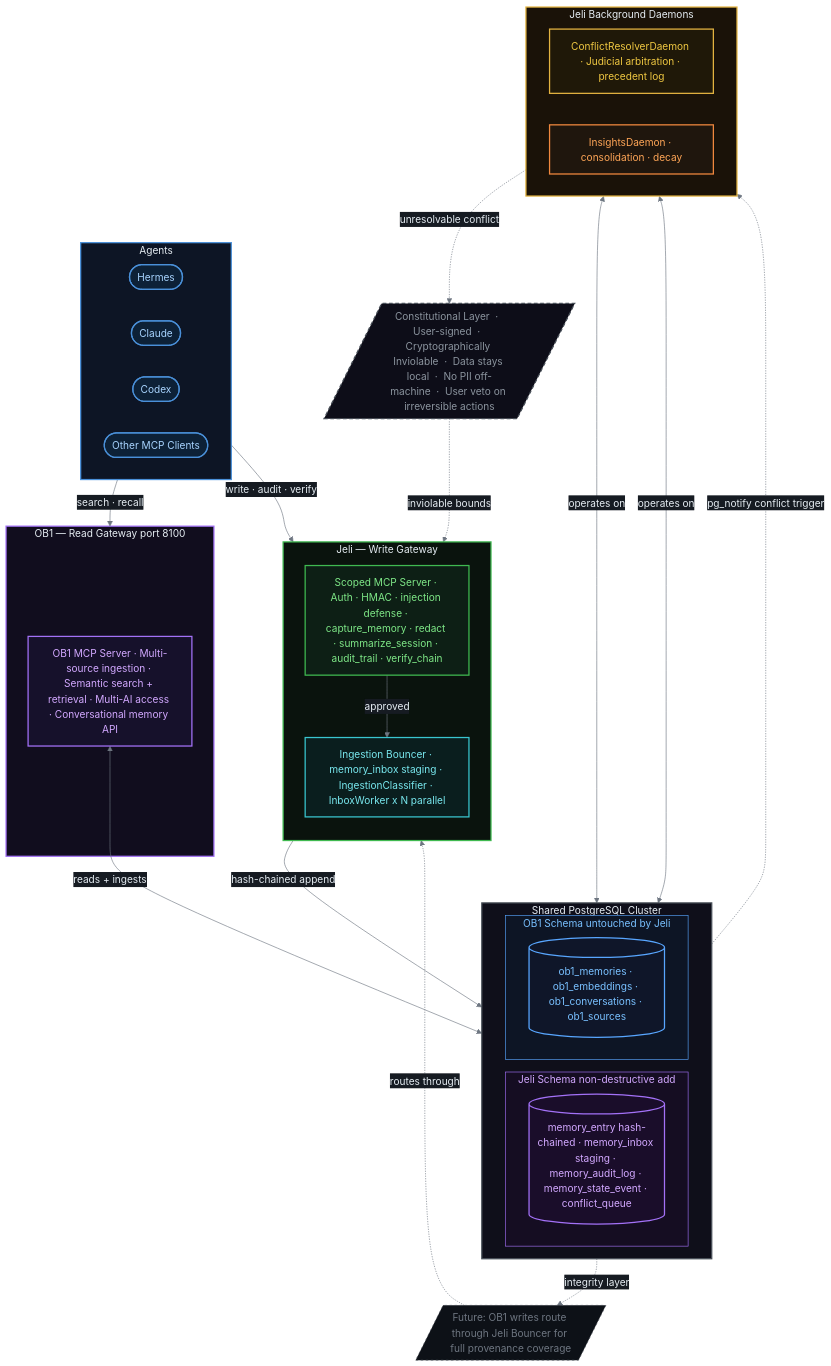
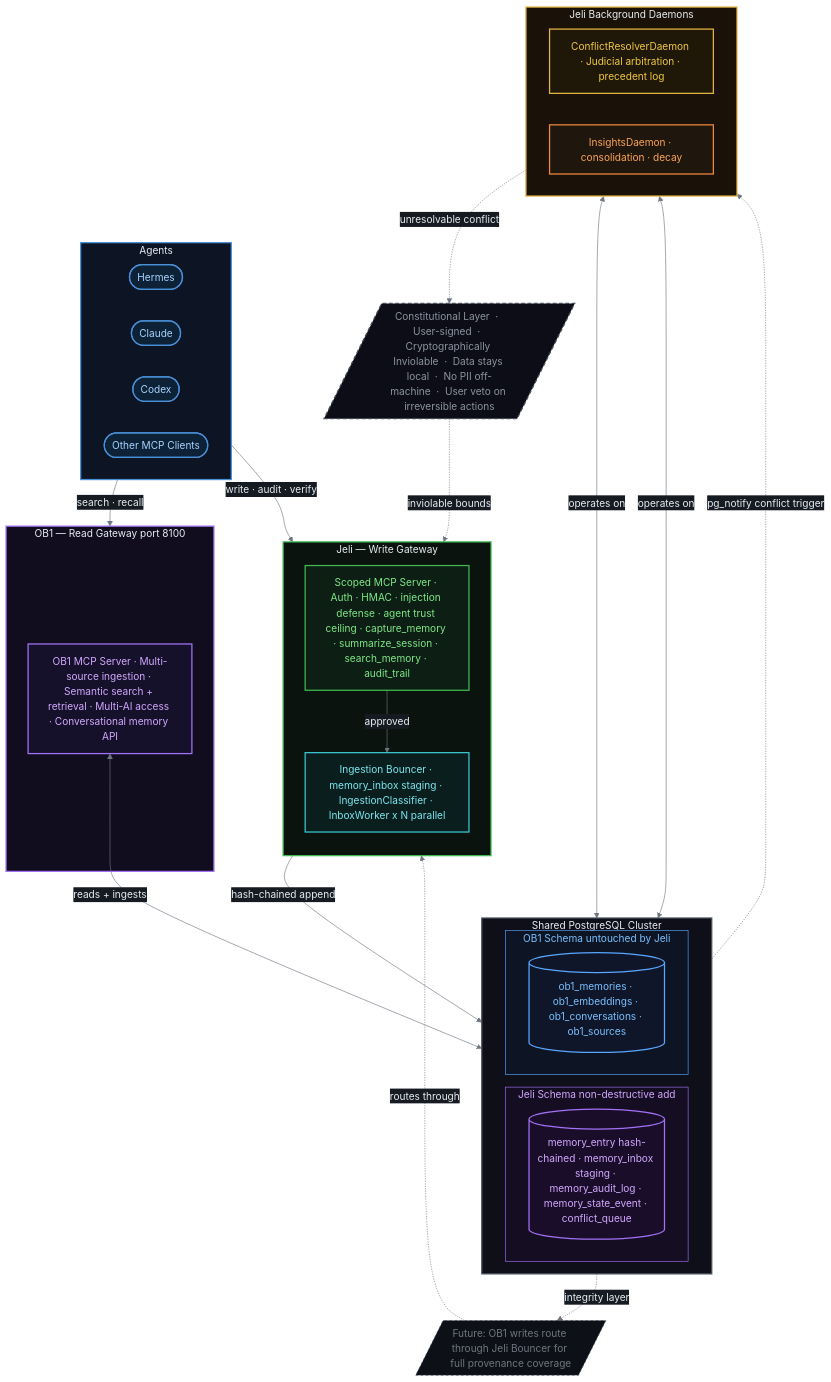
One commit to LegionForge/jeli changed the second of 2 diagrams in README.md. Above: the diagram before and after it, drawn with Mermaid. The commit also changed other lines of this file and 12 other files, not shown here.

First line of the commit message:
feat: redaction as a chained state event (jeli redact CLI, read-time masking) (#22)

````diff
--- a/README.md
+++ b/README.md
@@ -141,75 +141,75 @@
 ```mermaid
 %%{init: {'theme': 'base', 'themeVariables': {'background': '#0d1117', 'mainBkg': '#161b22', 'primaryColor': '#1c2938', 'primaryBorderColor': '#30363d', 'primaryTextColor': '#e6edf3', 'lineColor': '#6e7681', 'clusterBkg': '#161b22', 'clusterBorder': '#30363d', 'edgeLabelBackground': '#161b22', 'titleColor': '#e6edf3'}}}%%
 
 flowchart TB
     classDef agent      fill:#0d2137,stroke:#4a90d9,stroke-width:2px,color:#a8d4ff
     classDef jeliNode   fill:#0d1f15,stroke:#3fb950,stroke-width:2px,color:#7ee787
     classDef jeliTeal   fill:#0a1e1e,stroke:#39c5cf,stroke-width:2px,color:#79e8ef
     classDef ob1Node    fill:#16112b,stroke:#a371f7,stroke-width:2px,color:#d2a8ff
     classDef dbJeli     fill:#1a0d2a,stroke:#a371f7,stroke-width:2px,color:#d2a8ff
     classDef dbOb1      fill:#0f1629,stroke:#58a6ff,stroke-width:2px,color:#79c0ff
     classDef judicial   fill:#1f1808,stroke:#e3b341,stroke-width:2px,color:#f0c842
     classDef daemon     fill:#1f160d,stroke:#f0883e,stroke-width:2px,color:#ffa657
     classDef constStyle fill:#0d0d18,stroke:#484f58,stroke-width:2px,stroke-dasharray:6 4,color:#8b949e
     classDef future     fill:#0d1117,stroke:#484f58,stroke-width:1px,stroke-dasharray:4 4,color:#6e7681
 
     subgraph AGENTS["Agents"]
         direction LR
         H(["Hermes"]):::agent
         CL(["Claude"]):::agent
         CD(["Codex"]):::agent
         OTH(["Other MCP Clients"]):::agent
     end
 
     subgraph JELI_GATE["Jeli — Write Gateway"]
         direction TB
-        SMCP["Scoped MCP Server · Auth · HMAC · injection defense · capture_memory · redact · summarize_session · audit_trail · verify_chain"]:::jeliNode
+        SMCP["Scoped MCP Server · Auth · HMAC · injection defense · agent trust ceiling · capture_memory · summarize_session · search_memory · audit_trail"]:::jeliNode
         BNCR["Ingestion Bouncer · memory_inbox staging · IngestionClassifier · InboxWorker x N parallel"]:::jeliTeal
         SMCP -->|"approved"| BNCR
     end
 
     subgraph OB1_GATE["OB1 — Read Gateway  port 8100"]
         OB1MCP["OB1 MCP Server · Multi-source ingestion · Semantic search + retrieval · Multi-AI access · Conversational memory API"]:::ob1Node
     end
 
     subgraph SHARED_DB["Shared PostgreSQL Cluster"]
         direction LR
 
         subgraph JELI_SCHEMA["Jeli Schema  non-destructive add"]
             JT[("memory_entry hash-chained · memory_inbox staging · memory_audit_log · memory_state_event · conflict_queue")]:::dbJeli
         end
 
         subgraph OB1_SCHEMA["OB1 Schema  untouched by Jeli"]
             OT[("ob1_memories · ob1_embeddings · ob1_conversations · ob1_sources")]:::dbOb1
         end
     end
 
     subgraph JELI_DAEMONS["Jeli Background Daemons"]
         direction LR
         CRD["ConflictResolverDaemon · Judicial arbitration · precedent log"]:::judicial
         INS["InsightsDaemon · consolidation · decay"]:::daemon
     end
 
     CONST[/"Constitutional Layer  ·  User-signed  ·  Cryptographically Inviolable  ·  Data stays local  ·  No PII off-machine  ·  User veto on irreversible actions"/]:::constStyle
 
     FUTURE[/"Future: OB1 writes route through Jeli Bouncer for full provenance coverage"/]:::future
 
     AGENTS     -->|"write · audit · verify"| JELI_GATE
     AGENTS     -->|"search · recall"| OB1_GATE
     BNCR       -->|"hash-chained append"| JT
     OB1MCP    <-->|"reads + ingests"| OT
     JT         -.->|"pg_notify conflict trigger"| CRD
     CRD & INS <-->|"operates on"| JT
     CRD        -.->|"unresolvable conflict"| CONST
     CONST      -.->|"inviolable bounds"| SMCP
     OT         -.->|"integrity layer"| FUTURE
     FUTURE     -.->|"routes through"| BNCR
 
     style AGENTS       fill:#0d1525,stroke:#4a90d9,stroke-width:2px,color:#e6edf3
     style JELI_GATE    fill:#0a130d,stroke:#3fb950,stroke-width:2px,color:#e6edf3
     style OB1_GATE     fill:#110d1e,stroke:#a371f7,stroke-width:2px,color:#e6edf3
     style SHARED_DB    fill:#0f0f1a,stroke:#484f58,stroke-width:2px,color:#e6edf3
     style JELI_SCHEMA  fill:#150d22,stroke:#a371f7,stroke-width:1px,color:#d2a8ff
     style OB1_SCHEMA   fill:#0d1525,stroke:#58a6ff,stroke-width:1px,color:#79c0ff
     style JELI_DAEMONS fill:#1a1208,stroke:#e3b341,stroke-width:2px,color:#e6edf3
 ```
````
